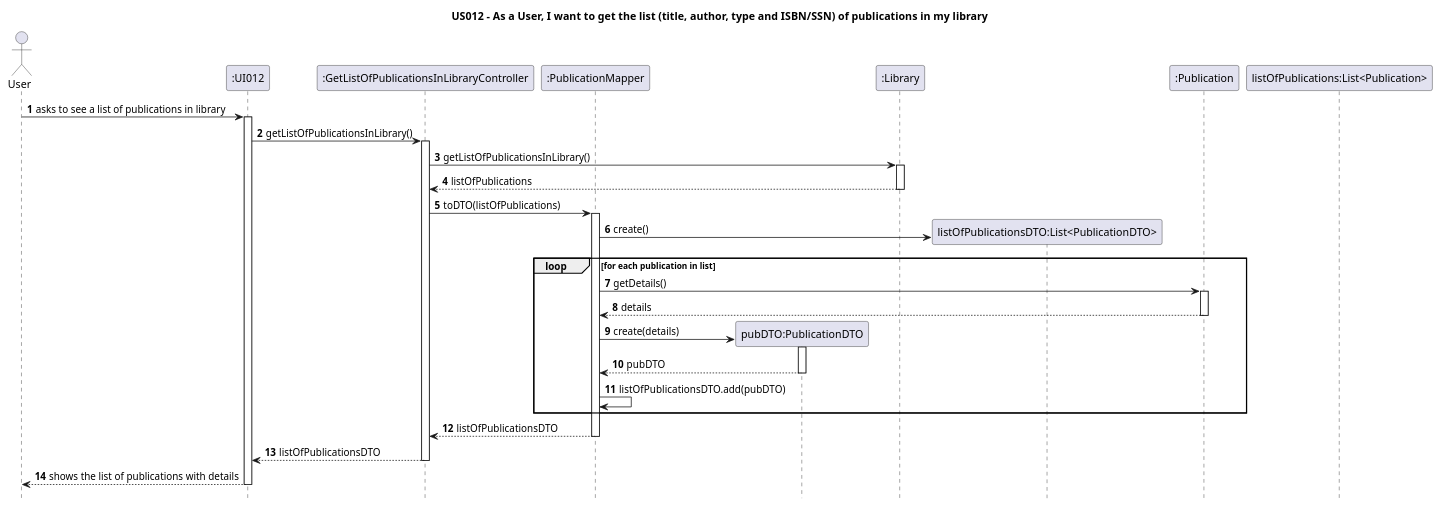
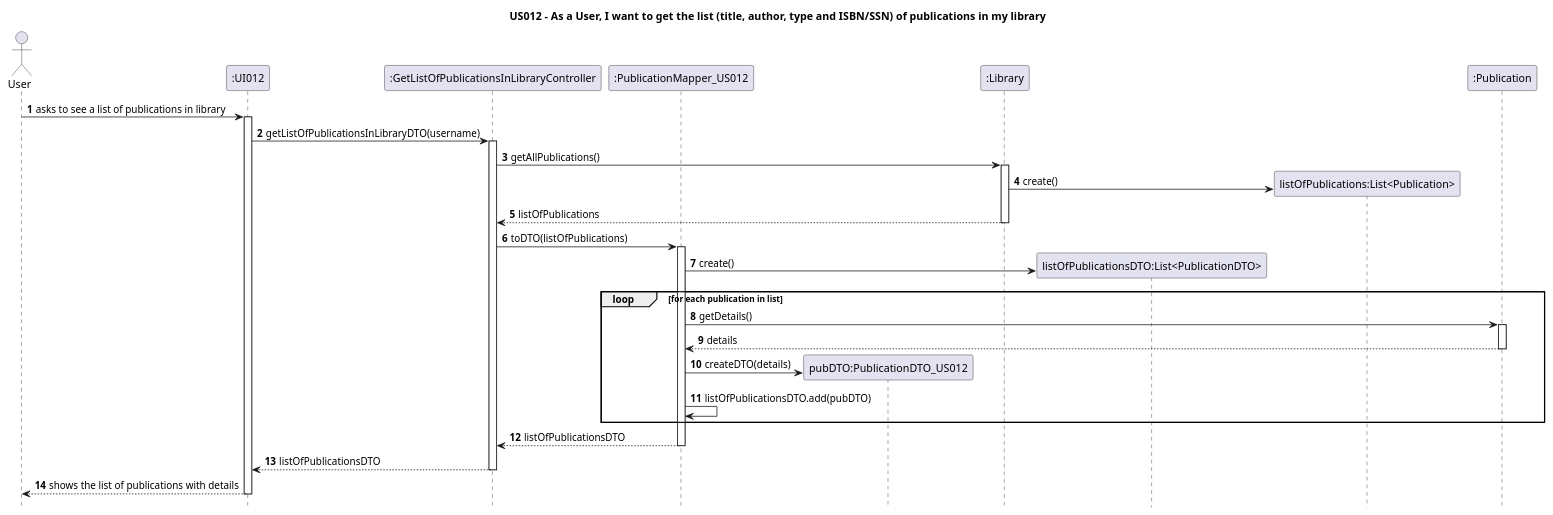
The diagram in Diagrams/SequenceDiagrams/N2/US012-to-get-list-of-publications-in-my-library.puml (AndrePereiraGitH/SWitCH-Project-Team_A), drawn with PlantUML before and after one commit. The commit also changed 2 other files, not shown here.

Commit message:
Closes #105,#104, #34, improved the diagrams

```diff
--- a/Diagrams/SequenceDiagrams/N2/US012-to-get-list-of-publications-in-my-library.puml
+++ b/Diagrams/SequenceDiagrams/N2/US012-to-get-list-of-publications-in-my-library.puml
@@ -1,75 +1,72 @@
 @startuml
 autonumber
 hide footbox
 title US012 - As a User, I want to get the list (title, author, type and ISBN/SSN) of publications in my library
 
 
 actor User
 participant ":UI012" as UI
 
 
 
 participant ":GetListOfPublicationsInLibraryController" as Ctrl
 
 
 
-participant ":PublicationMapper" as Mapper
-participant "pubDTO:PublicationDTO" as DTO
+participant ":PublicationMapper_US012" as Mapper
+participant "pubDTO:PublicationDTO_US012" as DTO
 
 
 
 participant ":Library" as LibDomain
 
 participant "listOfPublicationsDTO:List<PublicationDTO>" as ListDTO
 
+participant "listOfPublications:List<Publication>" as ListPubs
+
 participant ":Publication" as PubDomain
 
 
-participant "listOfPublications:List<Publication>" as ListPubs
 
 
 
 User -> UI : asks to see a list of publications in library
 activate UI
 
-UI -> Ctrl: getListOfPublicationsInLibrary()
+UI -> Ctrl: getListOfPublicationsInLibraryDTO(username)
 activate Ctrl
-
-Ctrl -> LibDomain: getListOfPublicationsInLibrary()
+Ctrl -> LibDomain: getAllPublications()
 activate LibDomain
 
-
+LibDomain -> ListPubs **: create()
 
 LibDomain --> Ctrl: listOfPublications
 deactivate LibDomain
 
 
 Ctrl -> Mapper: toDTO(listOfPublications)
 
 activate Mapper
 Mapper -> ListDTO **: create()
 
 
     loop for each publication in list
         Mapper -> PubDomain: getDetails()
         activate PubDomain
         PubDomain --> Mapper: details
         deactivate PubDomain
 
-        Mapper -> DTO ** : create(details)
-        activate DTO
-        DTO --> Mapper : pubDTO
-        deactivate DTO
-
+        Mapper -> DTO ** : createDTO(details)
+       
         Mapper -> Mapper: listOfPublicationsDTO.add(pubDTO)
     end
 
 Mapper --> Ctrl: listOfPublicationsDTO
 deactivate Mapper
 
 Ctrl --> UI: listOfPublicationsDTO
 deactivate Ctrl
 
 UI --> User : shows the list of publications with details
 deactivate UI
 @enduml
```
